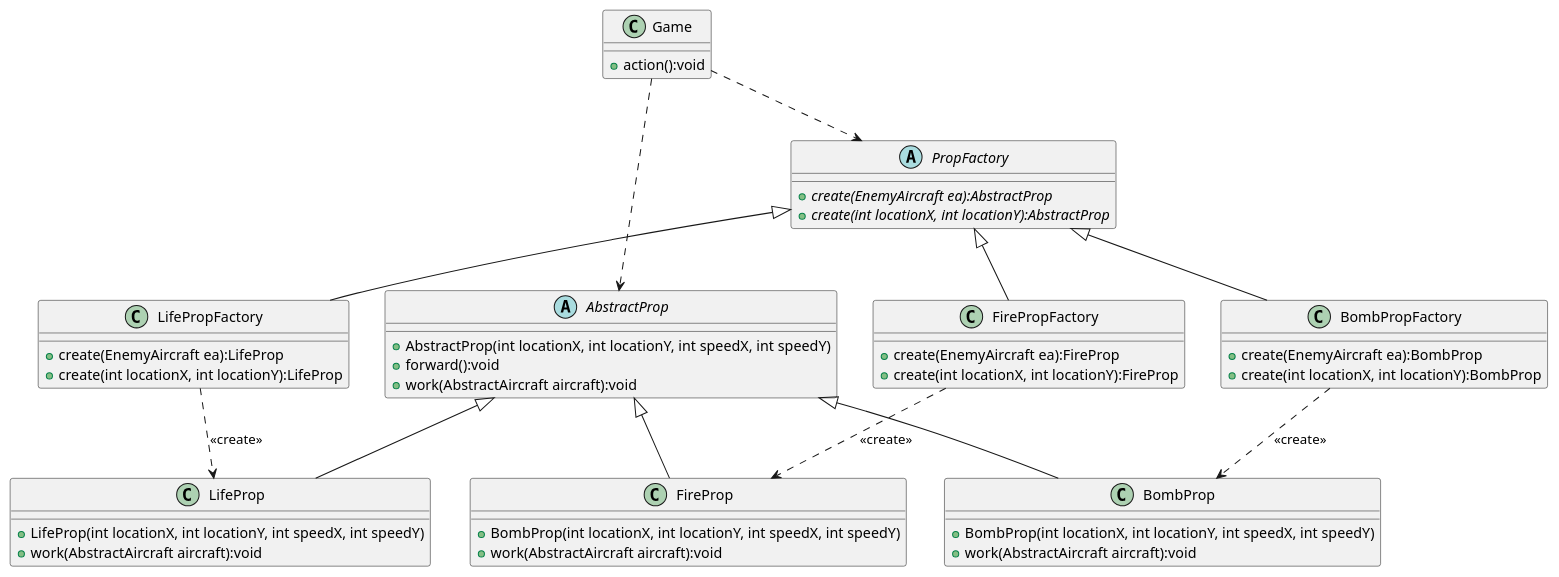
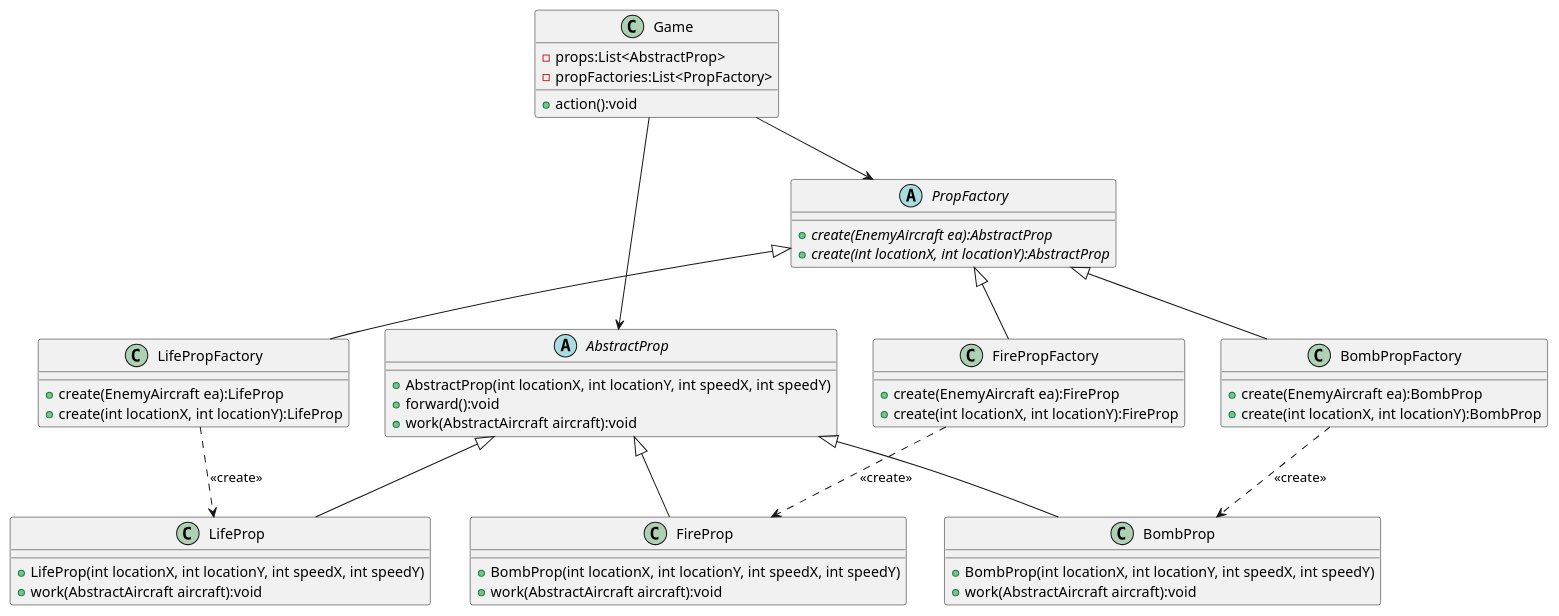
One commit to linkfqy/AircraftWar changed the diagram in uml/PropFactory.puml. Above: the diagram before and after it, drawn with PlantUML. The commit also changed 2 other files, not shown here.

Commit message:
Corrected the UML for exp.2

```diff
--- a/uml/PropFactory.puml
+++ b/uml/PropFactory.puml
@@ -1,57 +1,59 @@
 @startuml
 abstract class PropFactory {
     + {abstract} create(EnemyAircraft ea):AbstractProp
     + {abstract} create(int locationX, int locationY):AbstractProp
 }
 class FirePropFactory {
     + create(EnemyAircraft ea):FireProp
     + create(int locationX, int locationY):FireProp
 }
 class LifePropFactory {
     + create(EnemyAircraft ea):LifeProp
     + create(int locationX, int locationY):LifeProp
 }
 class BombPropFactory {
     + create(EnemyAircraft ea):BombProp
     + create(int locationX, int locationY):BombProp
 }
 
 PropFactory <|-- FirePropFactory
 PropFactory <|-- LifePropFactory
 PropFactory <|-- BombPropFactory
 
 abstract class AbstractProp {
     + AbstractProp(int locationX, int locationY, int speedX, int speedY)
     + forward():void
     + work(AbstractAircraft aircraft):void
 }
 
 class LifeProp {
     + LifeProp(int locationX, int locationY, int speedX, int speedY)
     + work(AbstractAircraft aircraft):void
 }
 
 class BombProp {
     + BombProp(int locationX, int locationY, int speedX, int speedY)
     + work(AbstractAircraft aircraft):void
 }
 
 class FireProp {
     + BombProp(int locationX, int locationY, int speedX, int speedY)
     + work(AbstractAircraft aircraft):void
 }
 
 AbstractProp <|-- LifeProp
 AbstractProp <|-- BombProp
 AbstractProp <|-- FireProp
 LifePropFactory ..> LifeProp : <<create>>
 BombPropFactory ..> BombProp : <<create>>
 FirePropFactory ..> FireProp : <<create>>
 
 class Game {
+    - props:List<AbstractProp>
+    - propFactories:List<PropFactory>
     + action():void
 }
 
-Game ..> PropFactory
-Game ..> AbstractProp
+Game --> PropFactory
+Game --> AbstractProp
 @enduml
```
